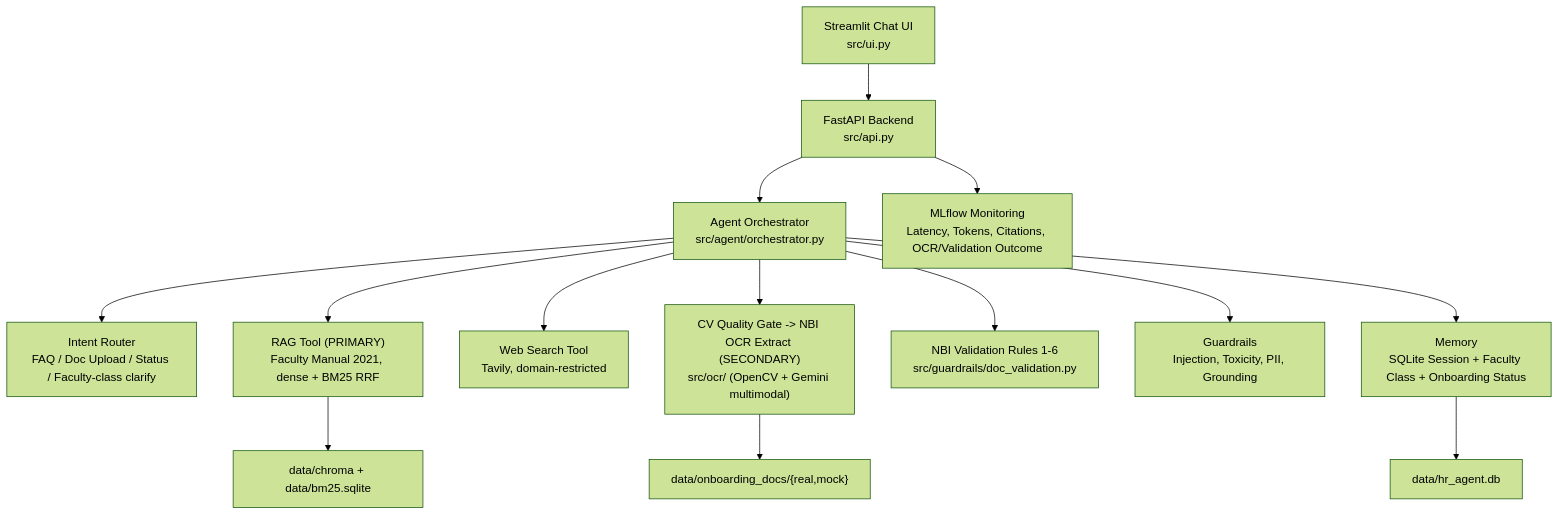
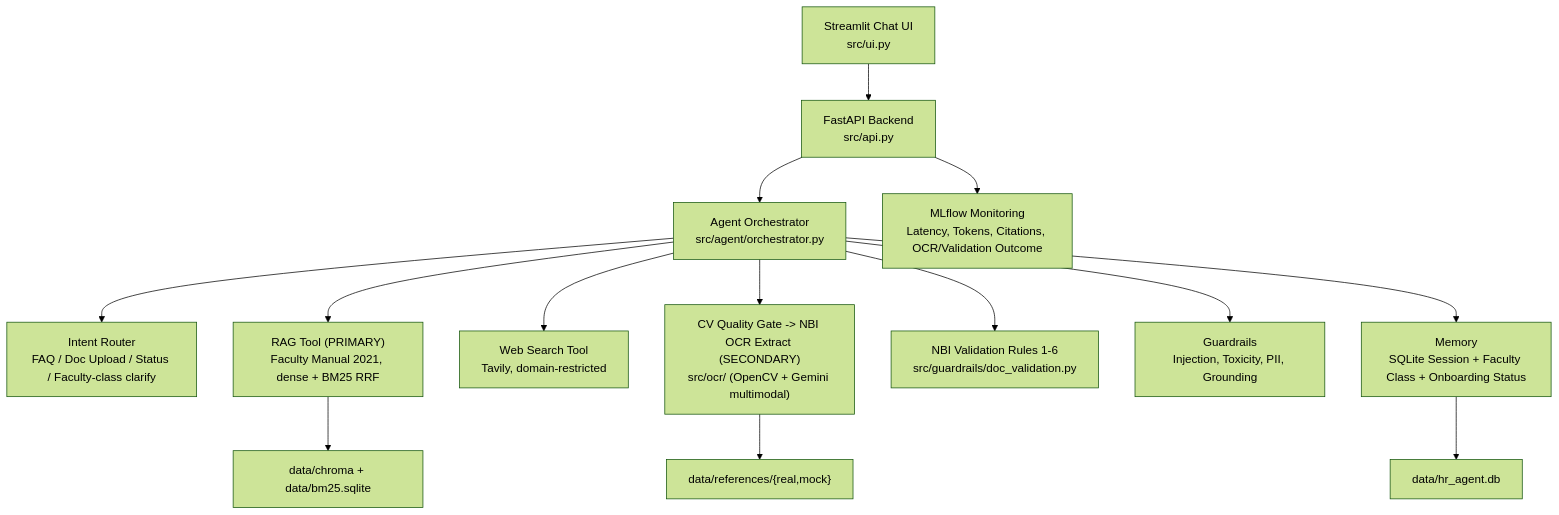
The diagram in README.md (tonyyyy0304/stai-capstone), drawn with Mermaid (forest theme) before and after one commit. The commit also changed other lines of this file and 131 other files, not shown here.

First line of the commit message:
feat: added mock data and quality gate

````diff
--- a/README.md
+++ b/README.md
@@ -42,16 +42,16 @@
 ```mermaid
 flowchart TD
     UI["Streamlit Chat UI<br/>src/ui.py"] --> API["FastAPI Backend<br/>src/api.py"]
     API --> Agent["Agent Orchestrator<br/>src/agent/orchestrator.py"]
     Agent --> Router["Intent Router<br/>FAQ / Doc Upload / Status / Faculty-class clarify"]
     Agent --> RAG["RAG Tool (PRIMARY)<br/>Faculty Manual 2021, dense + BM25 RRF"]
     Agent --> Web["Web Search Tool<br/>Tavily, domain-restricted"]
     Agent --> CV["CV Quality Gate -> NBI OCR Extract (SECONDARY)<br/>src/ocr/ (OpenCV + Gemini multimodal)"]
     Agent --> Validate["NBI Validation Rules 1-6<br/>src/guardrails/doc_validation.py"]
     Agent --> Guardrails["Guardrails<br/>Injection, Toxicity, PII, Grounding"]
     Agent --> Memory["Memory<br/>SQLite Session + Faculty Class + Onboarding Status"]
     API --> MLflow["MLflow Monitoring<br/>Latency, Tokens, Citations, OCR/Validation Outcome"]
     RAG --> Chroma["data/chroma + data/bm25.sqlite"]
-    CV --> OnboardingDocs["data/onboarding_docs/{real,mock}"]
+    CV --> OnboardingDocs["data/references/{real,mock}"]
     Memory --> SQLite["data/hr_agent.db"]
 ```
````
